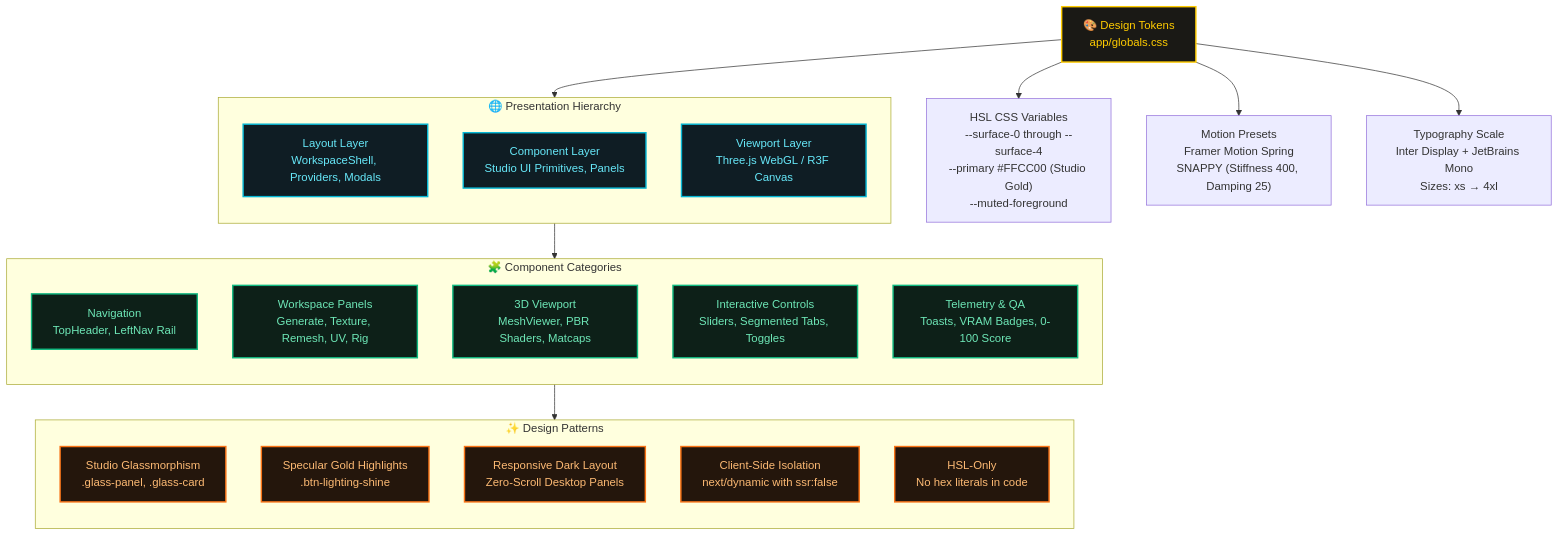
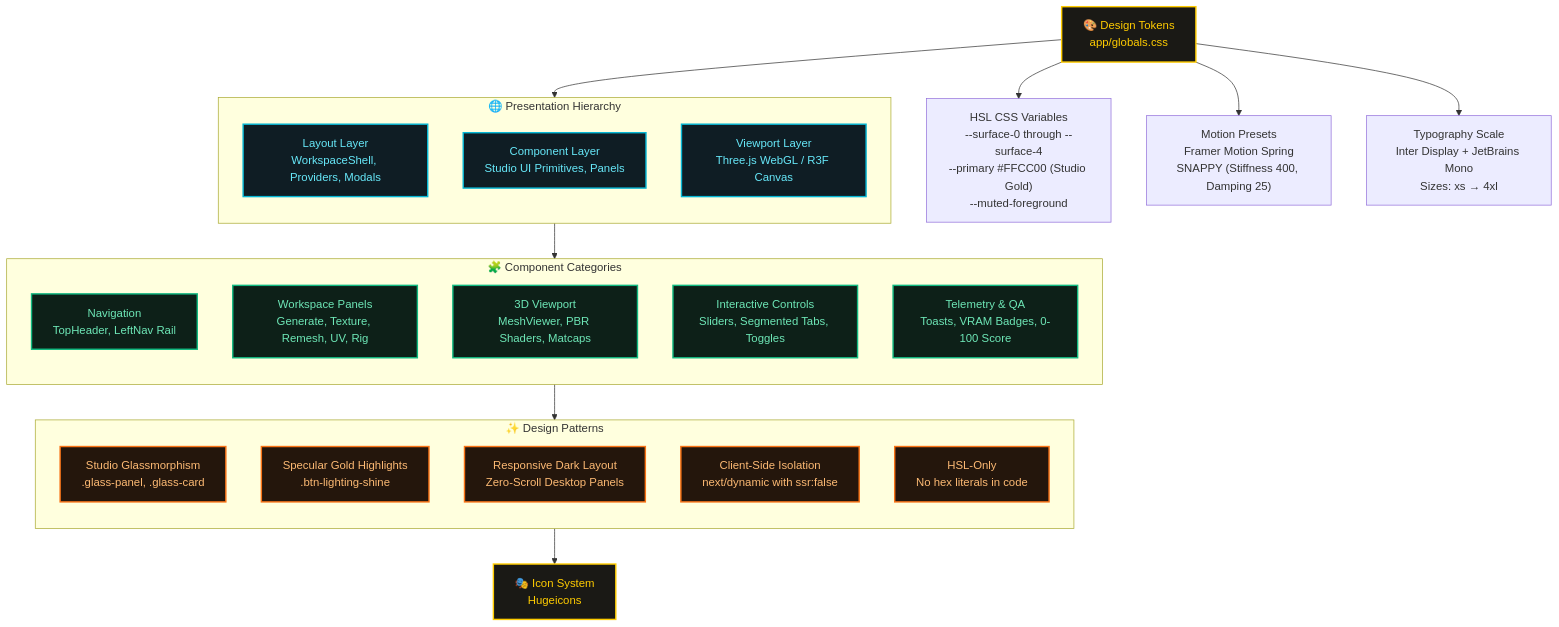
The first of 3 diagrams in Docs/DESIGN.md (Silentzx2/ForMash3D), drawn with Mermaid before and after one commit. The commit also changed other lines of this file and 79 other files, not shown here.

````diff
--- a/Docs/DESIGN.md
+++ b/Docs/DESIGN.md
@@ -47,41 +47,42 @@
 ```mermaid
 flowchart TB
     classDef gold fill:#1a1915,stroke:#ffcc00,stroke-width:2px,color:#ffcc00;
     classDef cyan fill:#0f1d24,stroke:#06b6d4,stroke-width:2px,color:#67e8f9;
     classDef green fill:#0d2018,stroke:#10b981,stroke-width:2px,color:#6ee7b7;
     classDef orange fill:#24160c,stroke:#f97316,stroke-width:2px,color:#fdba74;
 
     TOKENS["🎨 Design Tokens<br/>app/globals.css"]:::gold
     TOKENS --> HSL["HSL CSS Variables<br/>--surface-0 through --surface-4<br/>--primary #FFCC00 (Studio Gold)<br/>--muted-foreground"]
     TOKENS --> MOTION["Motion Presets<br/>Framer Motion Spring<br/>SNAPPY (Stiffness 400, Damping 25)"]
     TOKENS --> TYPO["Typography Scale<br/>Inter Display + JetBrains Mono<br/>Sizes: xs → 4xl"]
 
     subgraph LAY["🌐 Presentation Hierarchy"]
         direction TB
         L1["Layout Layer<br/>WorkspaceShell, Providers, Modals"]:::cyan
         L2["Component Layer<br/>Studio UI Primitives, Panels"]:::cyan
         L3["Viewport Layer<br/>Three.js WebGL / R3F Canvas"]:::cyan
     end
 
     subgraph COMPS["🧩 Component Categories"]
         direction TB
         C1["Navigation<br/>TopHeader, LeftNav Rail"]:::green
         C2["Workspace Panels<br/>Generate, Texture, Remesh, UV, Rig"]:::green
         C3["3D Viewport<br/>MeshViewer, PBR Shaders, Matcaps"]:::green
         C4["Interactive Controls<br/>Sliders, Segmented Tabs, Toggles"]:::green
         C5["Telemetry & QA<br/>Toasts, VRAM Badges, 0-100 Score"]:::green
     end
 
     subgraph PAT["✨ Design Patterns"]
         direction TB
         P1["Studio Glassmorphism<br/>.glass-panel, .glass-card"]:::orange
         P2["Specular Gold Highlights<br/>.btn-lighting-shine"]:::orange
         P3["Responsive Dark Layout<br/>Zero-Scroll Desktop Panels"]:::orange
         P4["Client-Side Isolation<br/>next/dynamic with ssr:false"]:::orange
         P5["HSL-Only<br/>No hex literals in code"]:::orange
     end
 
     TOKENS --> LAY
     LAY --> COMPS
     COMPS --> PAT
+    PAT --> ICONS["🎭 Icon System<br/>Hugeicons"]:::gold
 ```
````
